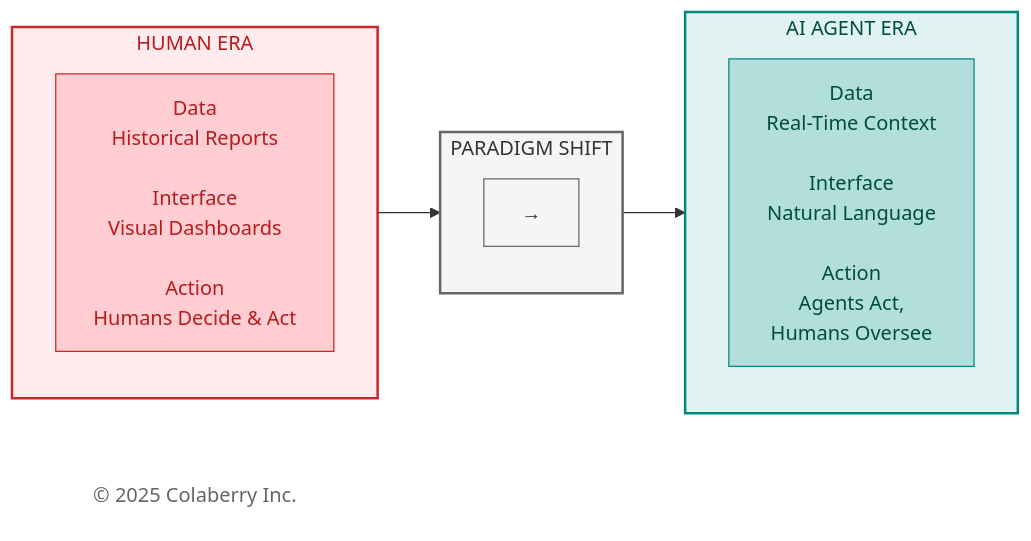
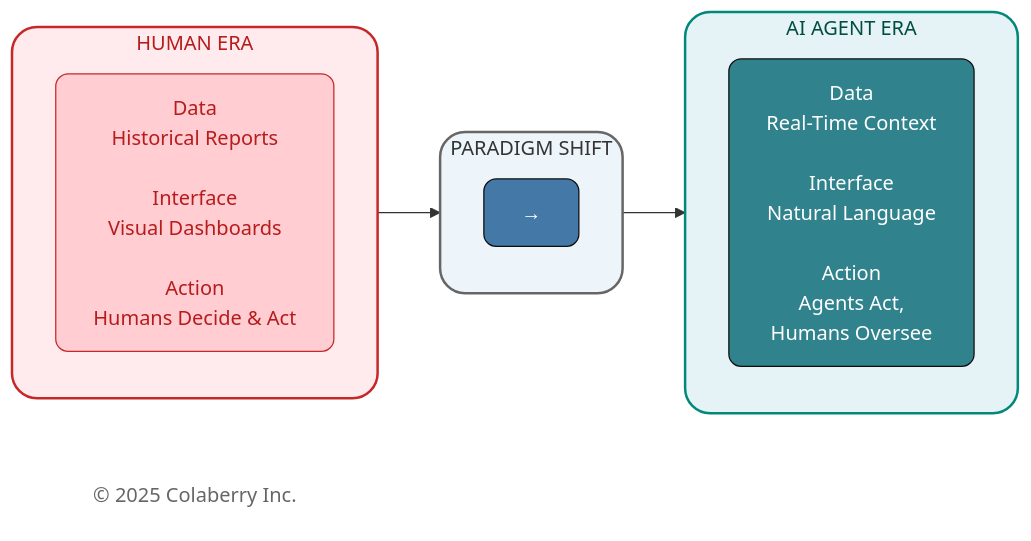
The second of 4 diagrams in manuscript/01_chapter_0_trust_before_intelligence.md (saitejesh-cyber/trust-before-intelligence-book), drawn with Mermaid before and after one commit. The commit also changed other lines of this file, not shown here.

Commit message:
Option1: Updated mermaid diagrams based on new colaberry color code

````diff
--- a/manuscript/01_chapter_0_trust_before_intelligence.md
+++ b/manuscript/01_chapter_0_trust_before_intelligence.md
@@ -164,31 +164,31 @@
 ```mermaid
 
 graph LR
     subgraph HumanEra["HUMAN ERA"]
         direction TB
         H1["Data<br/>Historical Reports<br/><br/>Interface<br/>Visual Dashboards<br/><br/>Action<br/>Humans Decide & Act"]
     end
     
     subgraph TRANSFORM["PARADIGM SHIFT"]
         direction TB
         T1["→"]
     end
     
     subgraph AgentEra["AI AGENT ERA"]
         direction TB
         A1["Data<br/>Real-Time Context<br/><br/>Interface<br/>Natural Language<br/><br/>Action<br/>Agents Act,<br/>Humans Oversee"]
     end
     
     Copyright["© 2025 Colaberry Inc."]
     
     HumanEra --> TRANSFORM --> AgentEra
     
-    style HumanEra fill:#ffebee,stroke:#c62828,stroke-width:2px,color:#b71c1c
-    style TRANSFORM fill:#f5f5f5,stroke:#666666,stroke-width:2px,color:#333333
-    style AgentEra fill:#e0f2f1,stroke:#00897b,stroke-width:2px,color:#004d40
-    style H1 fill:#ffcdd2,stroke:#c62828,color:#b71c1c
-    style T1 fill:#f5f5f5,stroke:#666666,color:#333333
-    style A1 fill:#b2dfdb,stroke:#00897b,color:#004d40
-    style Copyright fill:#ffffff,stroke:none,color:#666666
+    style HumanEra fill:#ffebee,stroke:#c62828,stroke-width:2px,color:#b71c1c,rx:2O,ry:20
+    style TRANSFORM fill:#edf4fa,stroke:#666666,stroke-width:2px,color:#333333,rx:2O,ry:20
+    style AgentEra fill:#e6f3f6,stroke:#00897b,stroke-width:2px,color:#004d40,rx:2O,ry:20
+    style H1 fill:#ffcdd2,stroke:#c62828,stroke-width:1px,color:#b71c1c,rx:1O,ry:10
+    style T1 fill:#4478A6,stroke:#0D0D0D,stroke-width:1px,color:#ffffff,rx:1O,ry:10
+    style A1 fill:#30838C,stroke:#0D0D0D,stroke-width:1px,color:#ffffff,rx:1O,ry:10
+    style Copyright fill:none,stroke:none,color:#666666
 
 ```
````
